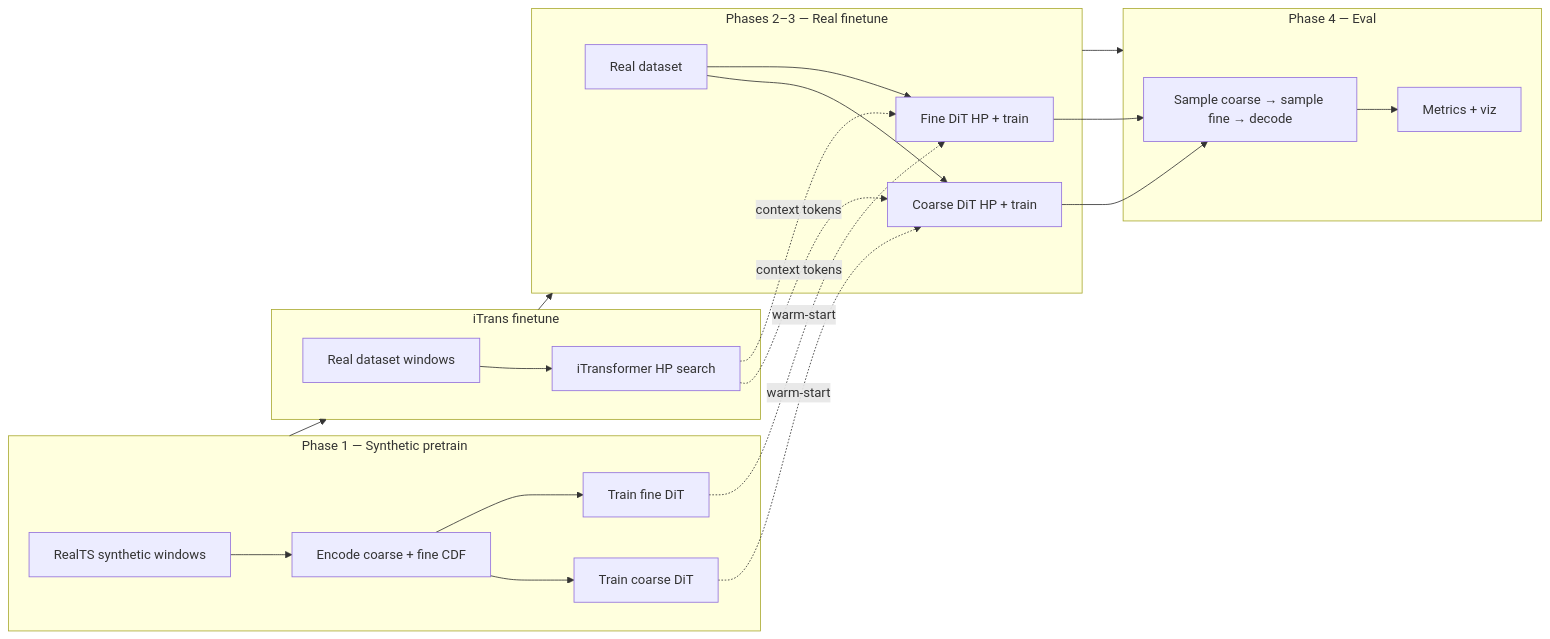
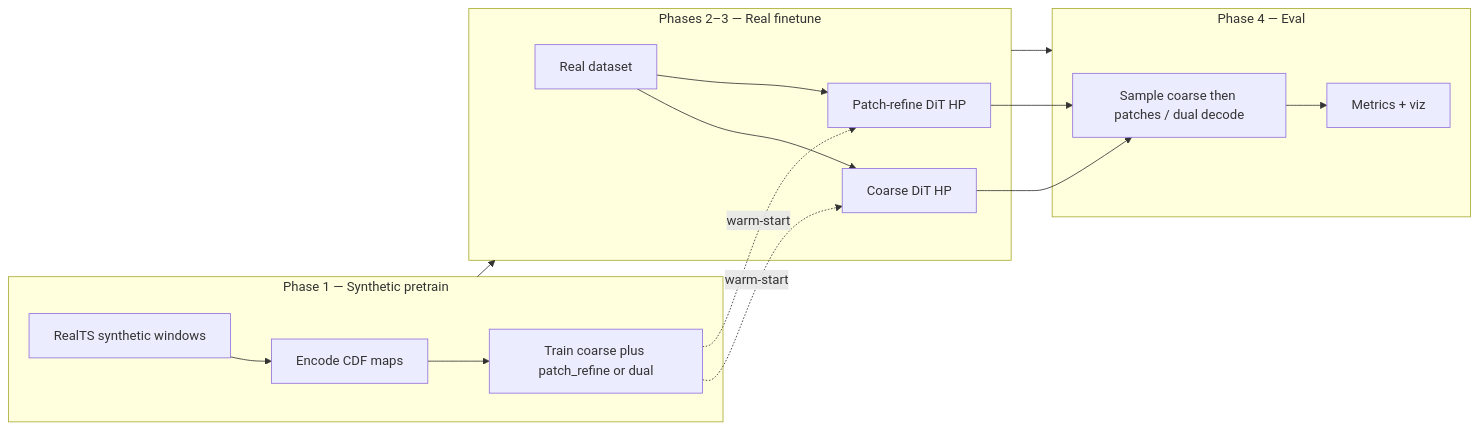
The first of 2 diagrams in architecture.md (CalvinKCao/ts-sandbox), drawn with Mermaid before and after one commit. The commit also changed other lines of this file and 11 other files, not shown here.

````diff
--- a/architecture.md
+++ b/architecture.md
@@ -23,29 +33,22 @@
 ```mermaid
 flowchart LR
     subgraph P1["Phase 1 — Synthetic pretrain"]
-        S1[RealTS synthetic windows] --> E1[Encode coarse + fine CDF]
-        E1 --> D1[Train coarse DiT]
-        E1 --> D2[Train fine DiT]
-    end
-
-    subgraph iT["iTrans finetune"]
-        R1[Real dataset windows] --> IT[iTransformer HP search]
+        S1[RealTS synthetic windows] --> E1[Encode CDF maps]
+        E1 --> D1[Train coarse plus patch_refine or dual]
     end
 
     subgraph P2["Phases 2–3 — Real finetune"]
-        R2[Real dataset] --> FC[Coarse DiT HP + train]
-        R2 --> FF[Fine DiT HP + train]
+        R2[Real dataset] --> FC[Coarse DiT HP]
+        R2 --> PR[Patch-refine DiT HP]
         D1 -. warm-start .-> FC
-        D2 -. warm-start .-> FF
+        D1 -. warm-start .-> PR
     end
 
     subgraph P4["Phase 4 — Eval"]
-        FC --> EV[Sample coarse → sample fine → decode]
-        FF --> EV
+        FC --> EV[Sample coarse then patches / dual decode]
+        PR --> EV
         EV --> M[Metrics + viz]
     end
 
-    P1 --> iT --> P2 --> P4
-    IT -. context tokens .-> FC
-    IT -. context tokens .-> FF
+    P1 --> P2 --> P4
 ```
````
